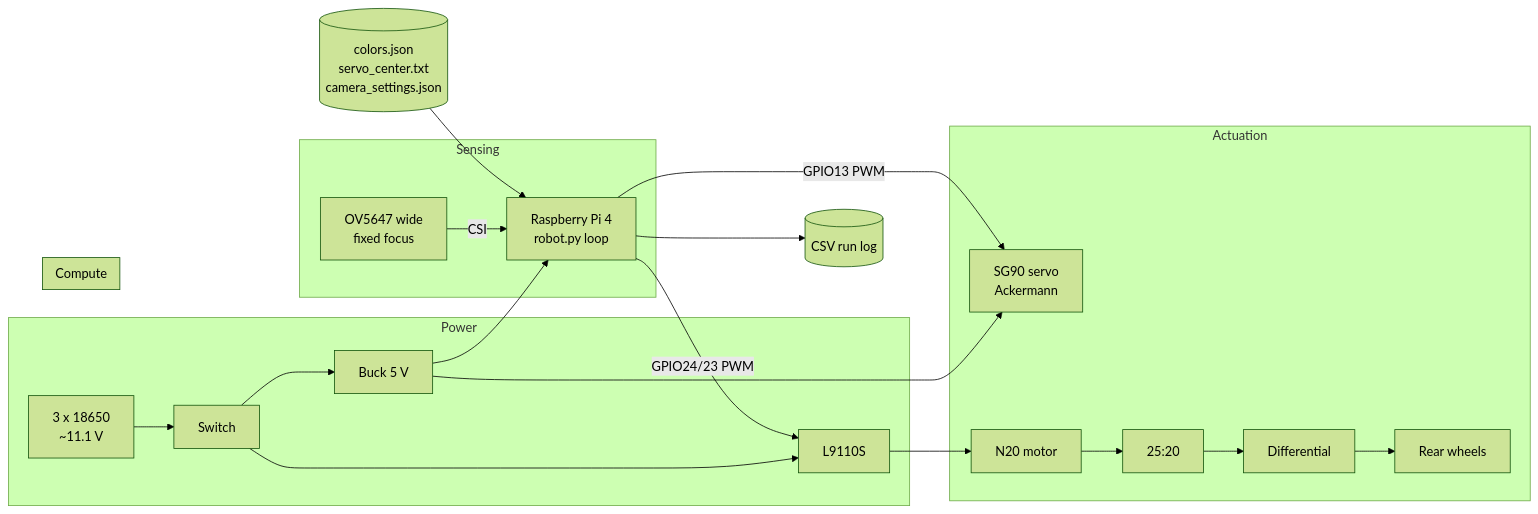
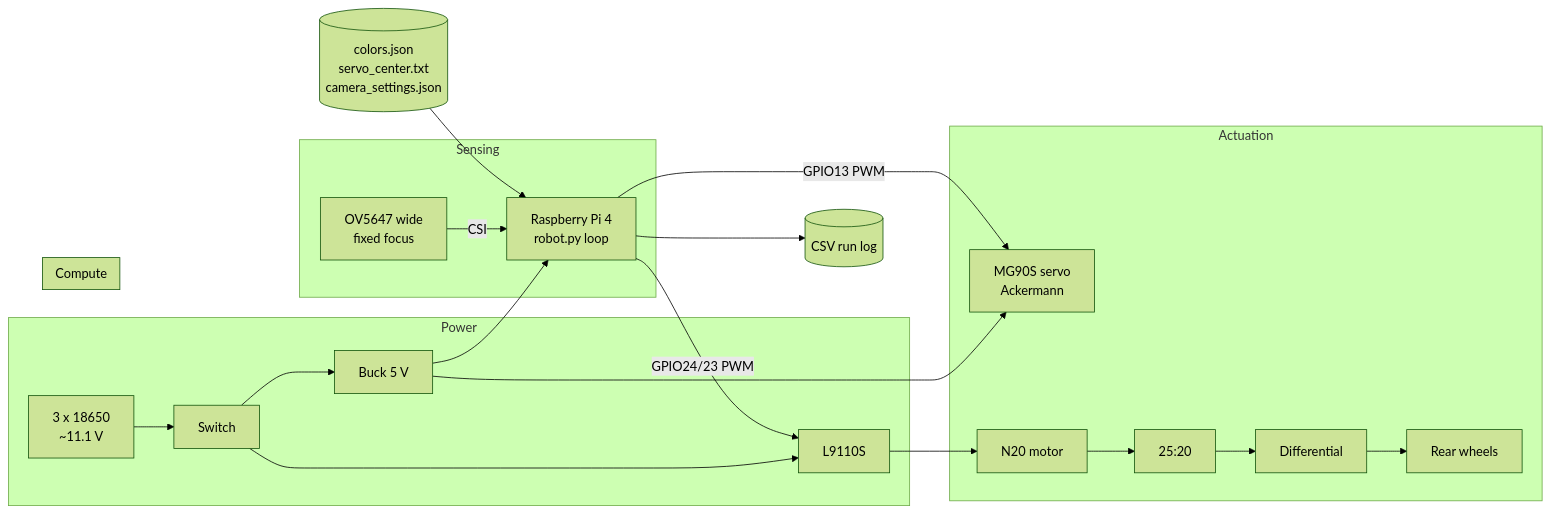
One commit to jolianjij/Red-Castle-WRO-Future-Engineers-2026 changed the third of 3 diagrams in README.md. Above: the diagram before and after it, drawn with Mermaid (forest theme). The commit also changed other lines of this file and 8 other files, not shown here.

````diff
--- a/README.md
+++ b/README.md
@@ -505,25 +507,25 @@
 ```mermaid
 flowchart LR
     subgraph POWER[Power]
         BAT[3 x 18650<br/>~11.1 V] --> SW[Switch]
         SW --> BUCK[Buck 5 V]
         SW --> DRV[L9110S]
     end
     subgraph SENSE[Sensing]
         CAM[OV5647 wide<br/>fixed focus] -- CSI --> PI
     end
     subgraph THINK[Compute]
         PI[Raspberry Pi 4<br/>robot.py loop]
     end
     subgraph ACT[Actuation]
-        SRV[SG90 servo<br/>Ackermann]
+        SRV[MG90S servo<br/>Ackermann]
         MOT[N20 motor] --> GEAR[25:20] --> DIFF[Differential] --> WHL[Rear wheels]
     end
     BUCK --> PI
     BUCK --> SRV
     DRV --> MOT
     PI -- GPIO13 PWM --> SRV
     PI -- GPIO24/23 PWM --> DRV
     CFG[(colors.json<br/>servo_center.txt<br/>camera_settings.json)] --> PI
     PI --> LOG[(CSV run log)]
 ```
````
